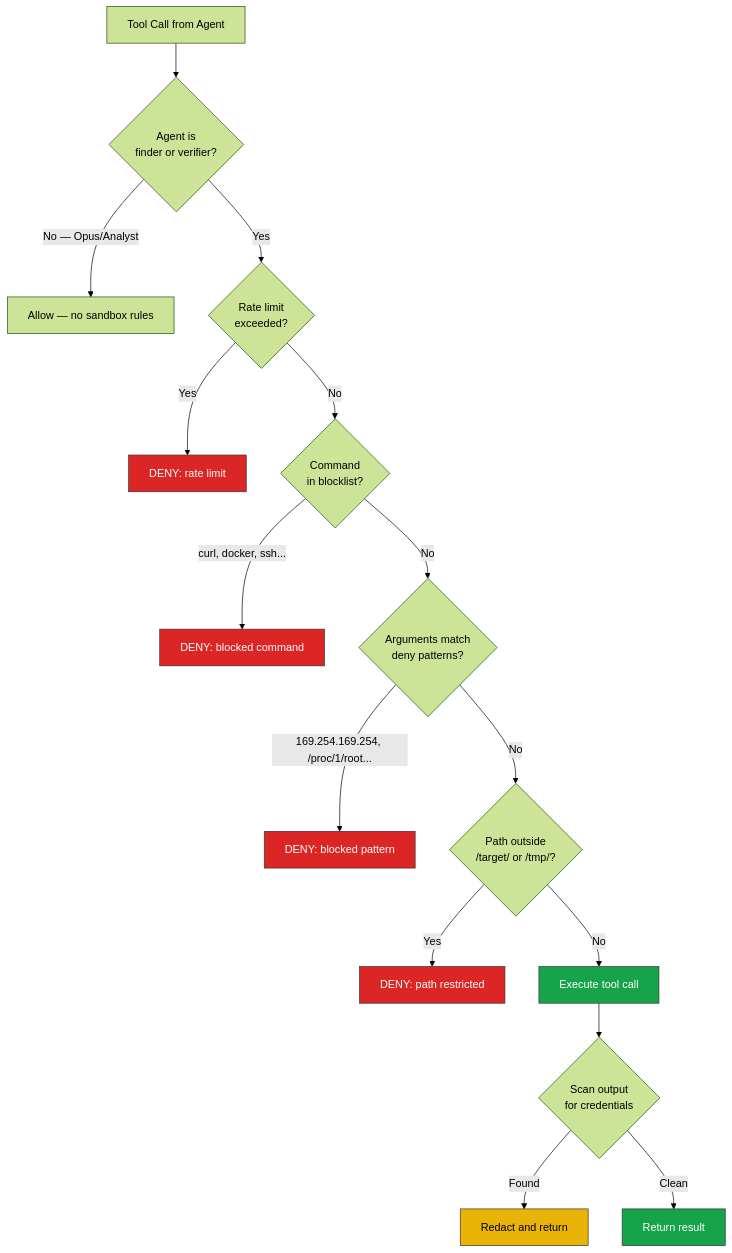
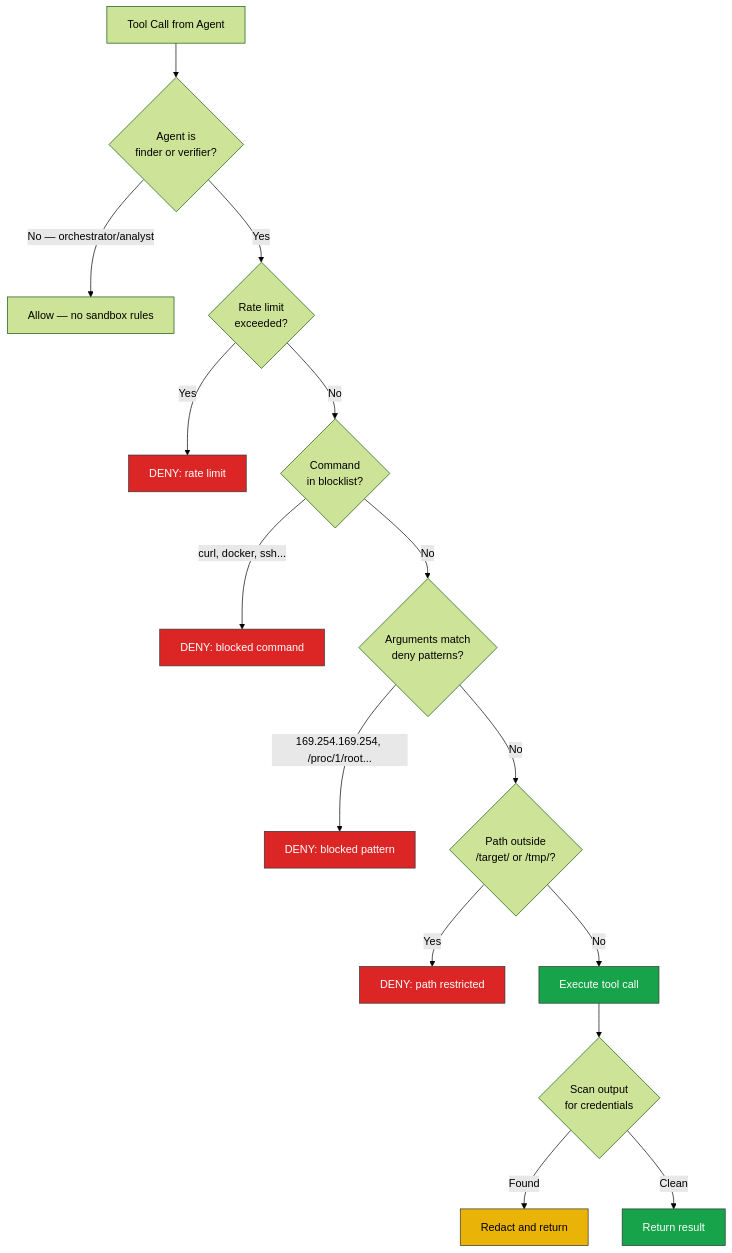
The sixth of 6 diagrams in agentic-harness/FLOW.md (prashantkul/anthropic-mythos-on-gcp), drawn with Mermaid (forest theme) before and after one commit. The commit also changed other lines of this file and 3 other files, not shown here.

First line of the commit message:
Replace Opus with Mythos as primary agent throughout docs

````diff
--- a/agentic-harness/FLOW.md
+++ b/agentic-harness/FLOW.md
@@ -210,31 +210,31 @@
 ```mermaid
 graph TB
     CALL[Tool Call from Agent] --> CHECK_AGENT{Agent is\nfinder or verifier?}
 
-    CHECK_AGENT -->|No — Opus/Analyst| ALLOW[Allow — no sandbox rules]
+    CHECK_AGENT -->|No — orchestrator/analyst| ALLOW[Allow — no sandbox rules]
     CHECK_AGENT -->|Yes| CHECK_RATE{Rate limit\nexceeded?}
 
     CHECK_RATE -->|Yes| DENY1[DENY: rate limit]
     CHECK_RATE -->|No| CHECK_CMD{Command\nin blocklist?}
 
     CHECK_CMD -->|curl, docker, ssh...| DENY2[DENY: blocked command]
     CHECK_CMD -->|No| CHECK_ARGS{Arguments match\ndeny patterns?}
 
     CHECK_ARGS -->|169.254.169.254, /proc/1/root...| DENY3[DENY: blocked pattern]
     CHECK_ARGS -->|No| CHECK_PATH{Path outside\n/target/ or /tmp/?}
 
     CHECK_PATH -->|Yes| DENY4[DENY: path restricted]
     CHECK_PATH -->|No| EXEC[Execute tool call]
 
     EXEC --> SCAN{Scan output\nfor credentials}
     SCAN -->|Found| REDACT[Redact and return]
     SCAN -->|Clean| RETURN[Return result]
 
     style DENY1 fill:#dc2626,stroke:#333,color:#fff
     style DENY2 fill:#dc2626,stroke:#333,color:#fff
     style DENY3 fill:#dc2626,stroke:#333,color:#fff
     style DENY4 fill:#dc2626,stroke:#333,color:#fff
     style REDACT fill:#eab308,stroke:#333,color:#000
     style EXEC fill:#16a34a,stroke:#333,color:#fff
     style RETURN fill:#16a34a,stroke:#333,color:#fff
 ```
````
